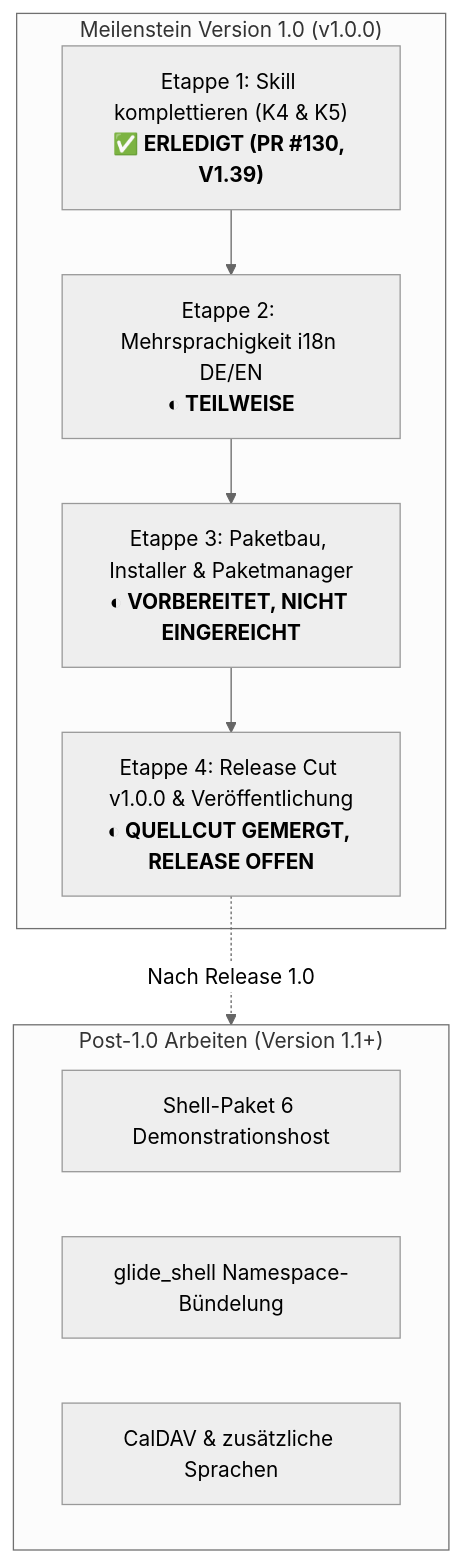
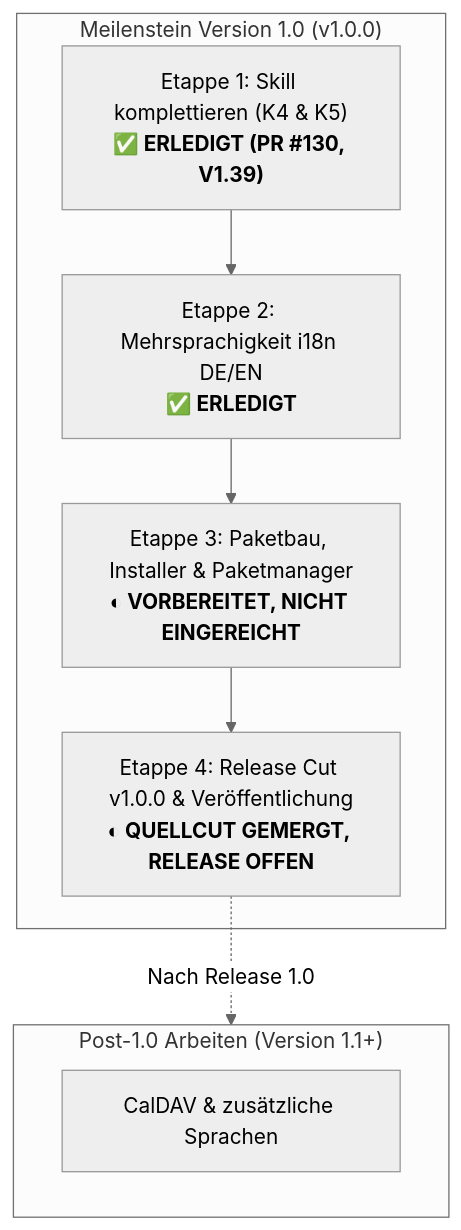
One commit to n05a-design/glide-to-do changed the second of 2 diagrams in 00_Arbeitsvorbereitung/Glide_Uebergabe.md. Above: the diagram before and after it, drawn with Mermaid (neutral theme). The commit also changed other lines of this file and 15 other files, not shown here.

````diff
--- a/00_Arbeitsvorbereitung/Glide_Uebergabe.md
+++ b/00_Arbeitsvorbereitung/Glide_Uebergabe.md
@@ -105,18 +94,16 @@
 ```mermaid
 flowchart TD
     subgraph MEILENSTEIN ["Meilenstein Version 1.0 (v1.0.0)"]
         E1["Etappe 1: Skill komplettieren (K4 & K5)<br/><b>✅ ERLEDIGT (PR #130, V1.39)</b>"]
-        E2["Etappe 2: Mehrsprachigkeit i18n DE/EN<br/><b>◐ TEILWEISE</b>"]
+        E2["Etappe 2: Mehrsprachigkeit i18n DE/EN<br/><b>✅ ERLEDIGT</b>"]
         E3["Etappe 3: Paketbau, Installer & Paketmanager<br/><b>◐ VORBEREITET, NICHT EINGEREICHT</b>"]
         E4["Etappe 4: Release Cut v1.0.0 & Veröffentlichung<br/><b>◐ QUELLCUT GEMERGT, RELEASE OFFEN</b>"]
         E1 --> E2 --> E3 --> E4
     end
 
     subgraph POST ["Post-1.0 Arbeiten (Version 1.1+)"]
-        P1["Shell-Paket 6 Demonstrationshost"]
-        P2["glide_shell Namespace-Bündelung"]
         P3["CalDAV & zusätzliche Sprachen"]
     end
 
     E4 -.->|Nach Release 1.0| POST
 ```
````
